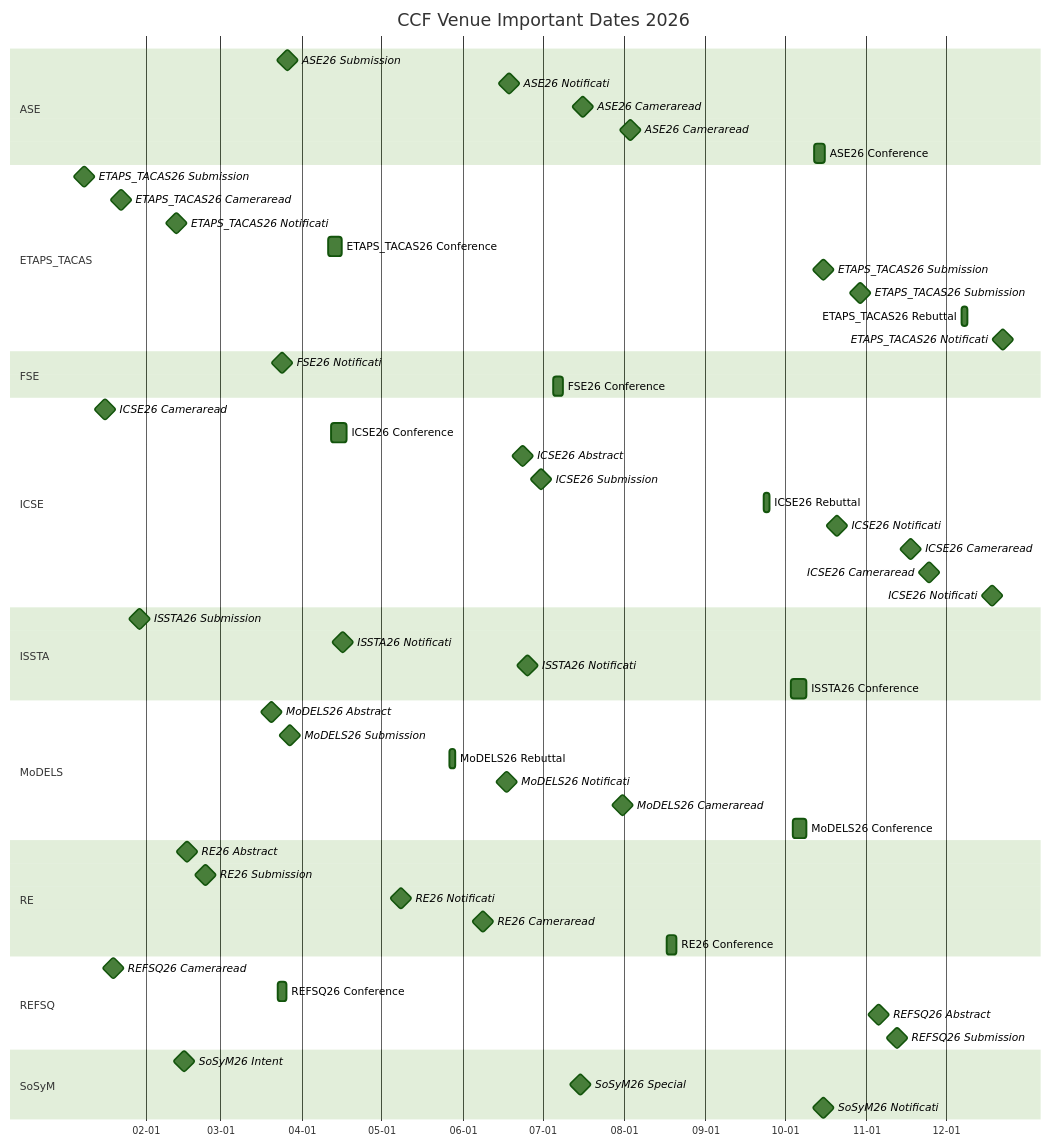
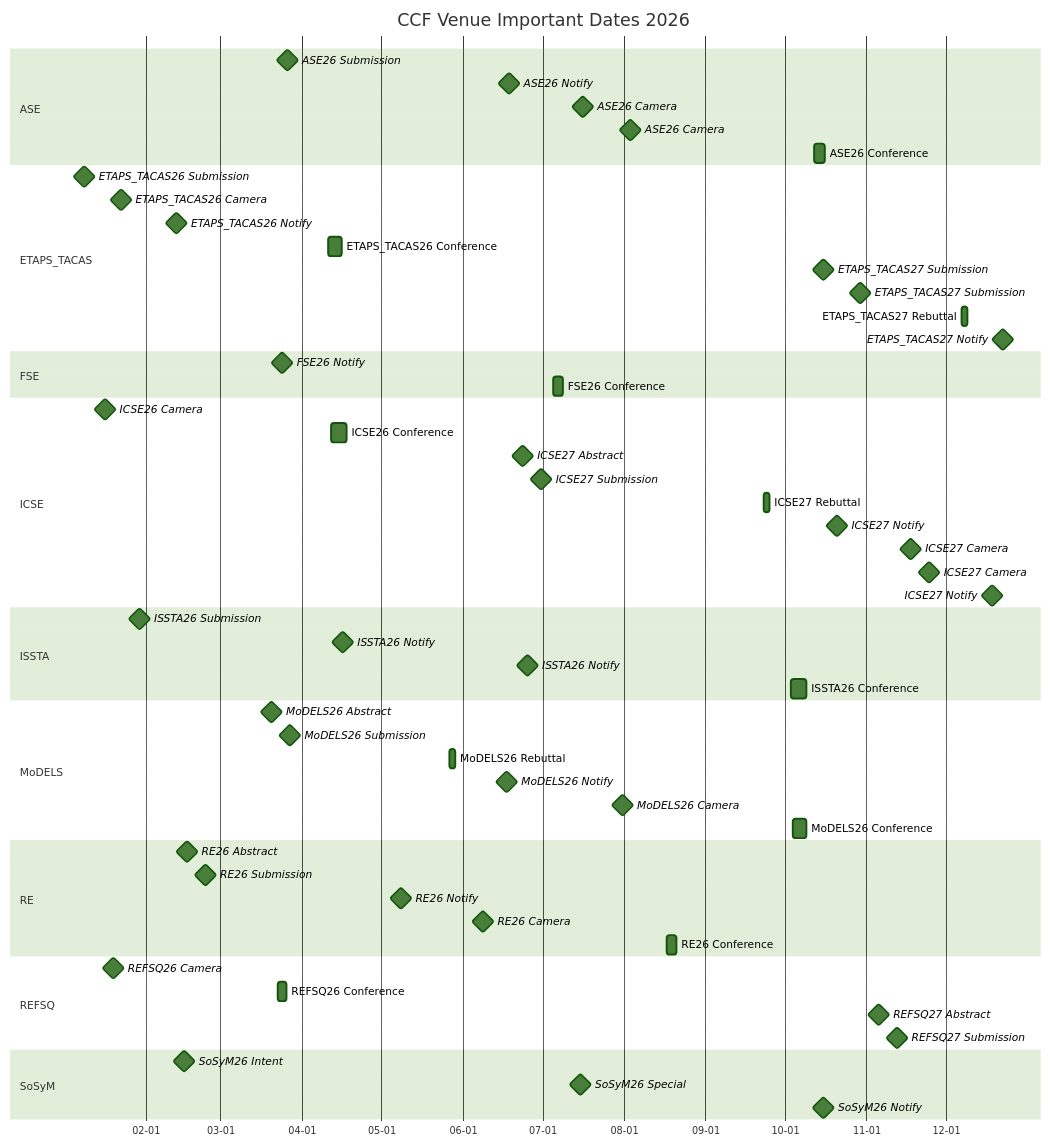
The third of 9 diagrams in ccf_venues/TIMELINE.md (HansBug/research_ideas), drawn with Mermaid (forest theme) before and after one commit. The commit also changed other lines of this file and 41 other files, not shown here.

````diff
--- a/ccf_venues/TIMELINE.md
+++ b/ccf_venues/TIMELINE.md
@@ -197,71 +198,71 @@
 ```mermaid
 gantt
   title CCF Venue Important Dates 2026
   dateFormat YYYY-MM-DD
   axisFormat %m-%d
 
   section ASE
   ASE26 Submission :milestone, ase_2026_1_20260326, 2026-03-26, 1d
-  ASE26 Notificati :milestone, ase_2026_2_20260618, 2026-06-18, 1d
-  ASE26 Cameraread :milestone, ase_2026_3_20260716, 2026-07-16, 1d
-  ASE26 Cameraread :milestone, ase_2026_4_20260803, 2026-08-03, 1d
+  ASE26 Notify :milestone, ase_2026_2_20260618, 2026-06-18, 1d
+  ASE26 Camera :milestone, ase_2026_3_20260716, 2026-07-16, 1d
+  ASE26 Camera :milestone, ase_2026_4_20260803, 2026-08-03, 1d
   ASE26 Conference :ase_2026_5_20261012, 2026-10-12, 2026-10-16
 
   section ETAPS_TACAS
   ETAPS_TACAS26 Submission :milestone, etaps_tacas_2026_1_20260108, 2026-01-08, 1d
-  ETAPS_TACAS26 Cameraread :milestone, etaps_tacas_2026_2_20260122, 2026-01-22, 1d
-  ETAPS_TACAS26 Notificati :milestone, etaps_tacas_2026_3_20260212, 2026-02-12, 1d
+  ETAPS_TACAS26 Camera :milestone, etaps_tacas_2026_2_20260122, 2026-01-22, 1d
+  ETAPS_TACAS26 Notify :milestone, etaps_tacas_2026_3_20260212, 2026-02-12, 1d
   ETAPS_TACAS26 Conference :etaps_tacas_2026_4_20260411, 2026-04-11, 2026-04-16
-  ETAPS_TACAS26 Submission :milestone, etaps_tacas_2026_5_20261015, 2026-10-15, 1d
-  ETAPS_TACAS26 Submission :milestone, etaps_tacas_2026_6_20261029, 2026-10-29, 1d
-  ETAPS_TACAS26 Rebuttal :etaps_tacas_2026_7_20261207, 2026-12-07, 2026-12-09
-  ETAPS_TACAS26 Notificati :milestone, etaps_tacas_2026_8_20261222, 2026-12-22, 1d
+  ETAPS_TACAS27 Submission :milestone, etaps_tacas_2026_5_20261015, 2026-10-15, 1d
+  ETAPS_TACAS27 Submission :milestone, etaps_tacas_2026_6_20261029, 2026-10-29, 1d
+  ETAPS_TACAS27 Rebuttal :etaps_tacas_2026_7_20261207, 2026-12-07, 2026-12-09
+  ETAPS_TACAS27 Notify :milestone, etaps_tacas_2026_8_20261222, 2026-12-22, 1d
 
   section FSE
-  FSE26 Notificati :milestone, fse_2026_1_20260324, 2026-03-24, 1d
+  FSE26 Notify :milestone, fse_2026_1_20260324, 2026-03-24, 1d
   FSE26 Conference :fse_2026_2_20260705, 2026-07-05, 2026-07-09
 
   section ICSE
-  ICSE26 Cameraread :milestone, icse_2026_1_20260116, 2026-01-16, 1d
+  ICSE26 Camera :milestone, icse_2026_1_20260116, 2026-01-16, 1d
   ICSE26 Conference :icse_2026_2_20260412, 2026-04-12, 2026-04-18
-  ICSE26 Abstract :milestone, icse_2026_3_20260623, 2026-06-23, 1d
-  ICSE26 Submission :milestone, icse_2026_4_20260630, 2026-06-30, 1d
-  ICSE26 Rebuttal :icse_2026_5_20260923, 2026-09-23, 2026-09-25
-  ICSE26 Notificati :milestone, icse_2026_6_20261020, 2026-10-20, 1d
-  ICSE26 Cameraread :milestone, icse_2026_7_20261117, 2026-11-17, 1d
-  ICSE26 Cameraread :milestone, icse_2026_8_20261124, 2026-11-24, 1d
-  ICSE26 Notificati :milestone, icse_2026_9_20261218, 2026-12-18, 1d
+  ICSE27 Abstract :milestone, icse_2026_3_20260623, 2026-06-23, 1d
+  ICSE27 Submission :milestone, icse_2026_4_20260630, 2026-06-30, 1d
+  ICSE27 Rebuttal :icse_2026_5_20260923, 2026-09-23, 2026-09-25
+  ICSE27 Notify :milestone, icse_2026_6_20261020, 2026-10-20, 1d
+  ICSE27 Camera :milestone, icse_2026_7_20261117, 2026-11-17, 1d
+  ICSE27 Camera :milestone, icse_2026_8_20261124, 2026-11-24, 1d
+  ICSE27 Notify :milestone, icse_2026_9_20261218, 2026-12-18, 1d
 
   section ISSTA
   ISSTA26 Submission :milestone, issta_2026_1_20260129, 2026-01-29, 1d
-  ISSTA26 Notificati :milestone, issta_2026_2_20260416, 2026-04-16, 1d
-  ISSTA26 Notificati :milestone, issta_2026_3_20260625, 2026-06-25, 1d
+  ISSTA26 Notify :milestone, issta_2026_2_20260416, 2026-04-16, 1d
+  ISSTA26 Notify :milestone, issta_2026_3_20260625, 2026-06-25, 1d
   ISSTA26 Conference :issta_2026_4_20261003, 2026-10-03, 2026-10-09
 
   section MoDELS
   MoDELS26 Abstract :milestone, models_2026_1_20260320, 2026-03-20, 1d
   MoDELS26 Submission :milestone, models_2026_2_20260327, 2026-03-27, 1d
   MoDELS26 Rebuttal :models_2026_3_20260527, 2026-05-27, 2026-05-29
-  MoDELS26 Notificati :milestone, models_2026_4_20260617, 2026-06-17, 1d
-  MoDELS26 Cameraread :milestone, models_2026_5_20260731, 2026-07-31, 1d
+  MoDELS26 Notify :milestone, models_2026_4_20260617, 2026-06-17, 1d
+  MoDELS26 Camera :milestone, models_2026_5_20260731, 2026-07-31, 1d
   MoDELS26 Conference :models_2026_6_20261004, 2026-10-04, 2026-10-09
 
   section RE
   RE26 Abstract :milestone, re_2026_1_20260216, 2026-02-16, 1d
   RE26 Submission :milestone, re_2026_2_20260223, 2026-02-23, 1d
-  RE26 Notificati :milestone, re_2026_3_20260508, 2026-05-08, 1d
-  RE26 Cameraread :milestone, re_2026_4_20260608, 2026-06-08, 1d
+  RE26 Notify :milestone, re_2026_3_20260508, 2026-05-08, 1d
+  RE26 Camera :milestone, re_2026_4_20260608, 2026-06-08, 1d
   RE26 Conference :re_2026_5_20260817, 2026-08-17, 2026-08-21
 
   section REFSQ
-  REFSQ26 Cameraread :milestone, refsq_2026_1_20260119, 2026-01-19, 1d
+  REFSQ26 Camera :milestone, refsq_2026_1_20260119, 2026-01-19, 1d
   REFSQ26 Conference :refsq_2026_2_20260323, 2026-03-23, 2026-03-26
-  REFSQ26 Abstract :milestone, refsq_2026_3_20261105, 2026-11-05, 1d
-  REFSQ26 Submission :milestone, refsq_2026_4_20261112, 2026-11-12, 1d
+  REFSQ27 Abstract :milestone, refsq_2026_3_20261105, 2026-11-05, 1d
+  REFSQ27 Submission :milestone, refsq_2026_4_20261112, 2026-11-12, 1d
 
   section SoSyM
   SoSyM26 Intent :milestone, sosym_2026_1_20260215, 2026-02-15, 1d
   SoSyM26 Special :milestone, sosym_2026_2_20260715, 2026-07-15, 1d
-  SoSyM26 Notificati :milestone, sosym_2026_3_20261015, 2026-10-15, 1d
+  SoSyM26 Notify :milestone, sosym_2026_3_20261015, 2026-10-15, 1d
 
 ```
````
